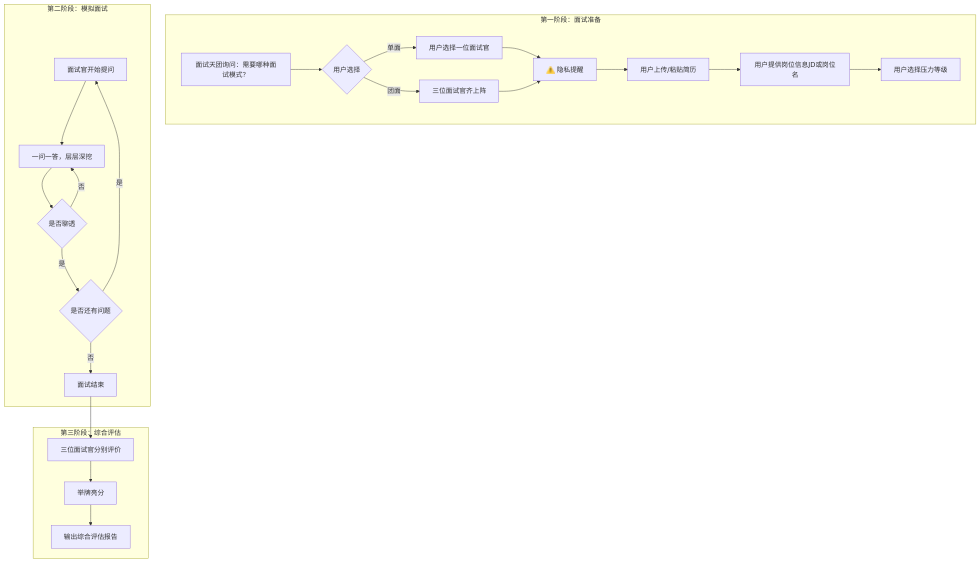
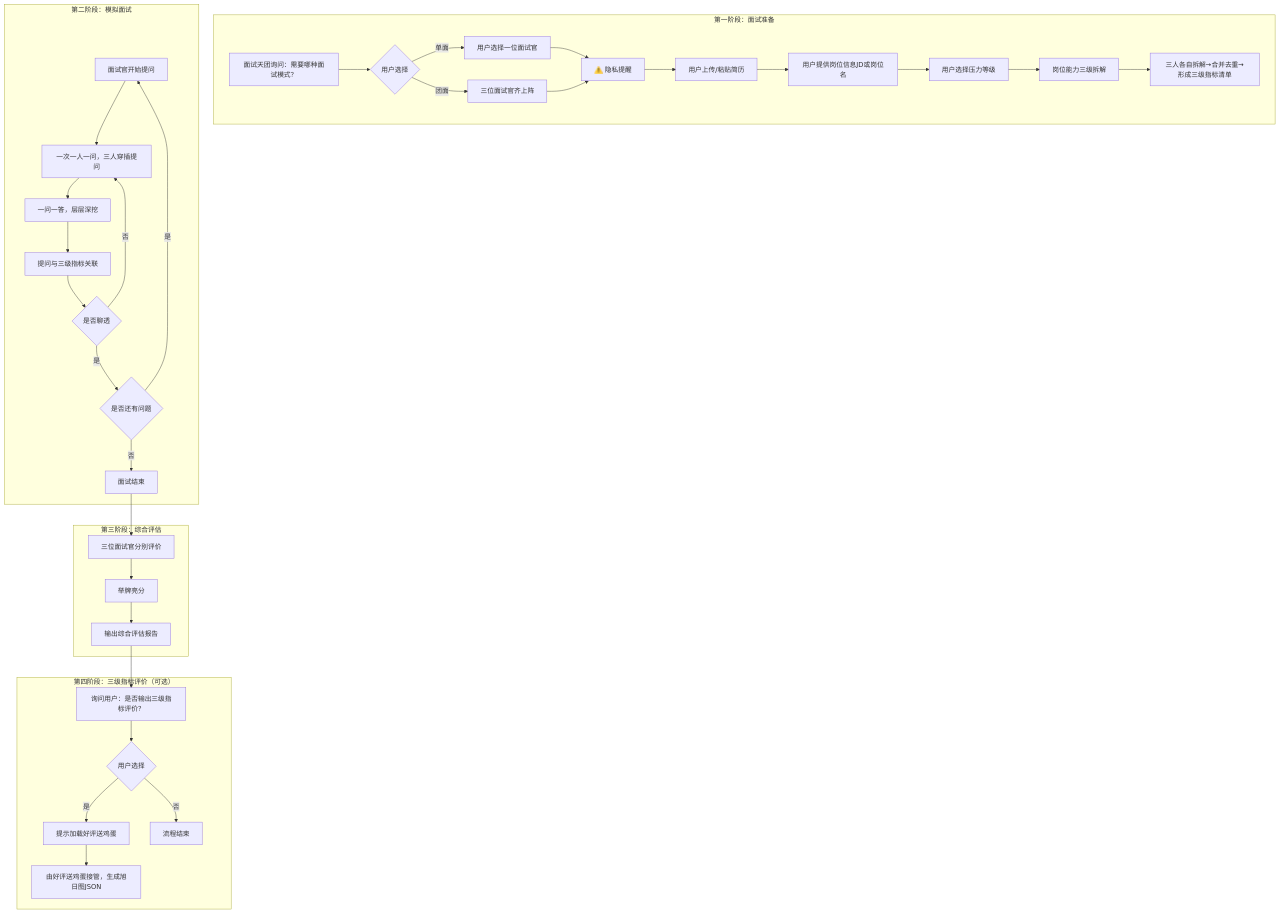
One commit to xuyunxuyun/SuperTeam changed the diagram in plugins/plugins_出汗小天团.md. Above: the diagram before and after it, drawn with Mermaid. The commit also changed other lines of this file and 7 other files, not shown here.

````diff
--- a/plugins/plugins_出汗小天团.md
+++ b/plugins/plugins_出汗小天团.md
@@ -51,29 +69,41 @@
 ```mermaid
 flowchart TB
 
     subgraph Phase1[第一阶段：面试准备]
         B1[面试天团询问：需要哪种面试模式？] --> B2{用户选择}
         B2 -->|单面| B3[用户选择一位面试官]
         B2 -->|团面| B4[三位面试官齐上阵]
         B3 & B4 --> B5[⚠️ 隐私提醒]
         B5 --> B6[用户上传/粘贴简历]
         B6 --> B7[用户提供岗位信息JD或岗位名]
         B7 --> B8[用户选择压力等级]
+        B8 --> B9[岗位能力三级拆解]
+        B9 --> B10[三人各自拆解→合并去重→形成三级指标清单]
     end
 
     subgraph Phase2[第二阶段：模拟面试]
-        C1[面试官开始提问] --> C2[一问一答，层层深挖]
-        C2 --> C3{是否聊透}
-        C3 -->|否| C2
-        C3 -->|是| C4{是否还有问题}
-        C4 -->|是| C1
-        C4 -->|否| C5[面试结束]
+        C1[面试官开始提问] --> C2[一次一人一问，三人穿插提问]
+        C2 --> C3[一问一答，层层深挖]
+        C3 --> C4[提问与三级指标关联]
+        C4 --> C5{是否聊透}
+        C5 -->|否| C2
+        C5 -->|是| C6{是否还有问题}
+        C6 -->|是| C1
+        C6 -->|否| C7[面试结束]
     end
 
     subgraph Phase3[第三阶段：综合评估]
         D1[三位面试官分别评价] --> D2[举牌亮分]
         D2 --> D3[输出综合评估报告]
     end
 
-    C5 --> D1
+    subgraph Phase4[第四阶段：三级指标评价（可选）]
+        E1[询问用户：是否输出三级指标评价？] --> E2{用户选择}
+        E2 -->|是| E3[提示加载好评送鸡蛋]
+        E3 --> E4[由好评送鸡蛋接管，生成旭日图JSON]
+        E2 -->|否| E5[流程结束]
+    end
+
+    C7 --> D1
+    D3 --> E1
 ```
````
